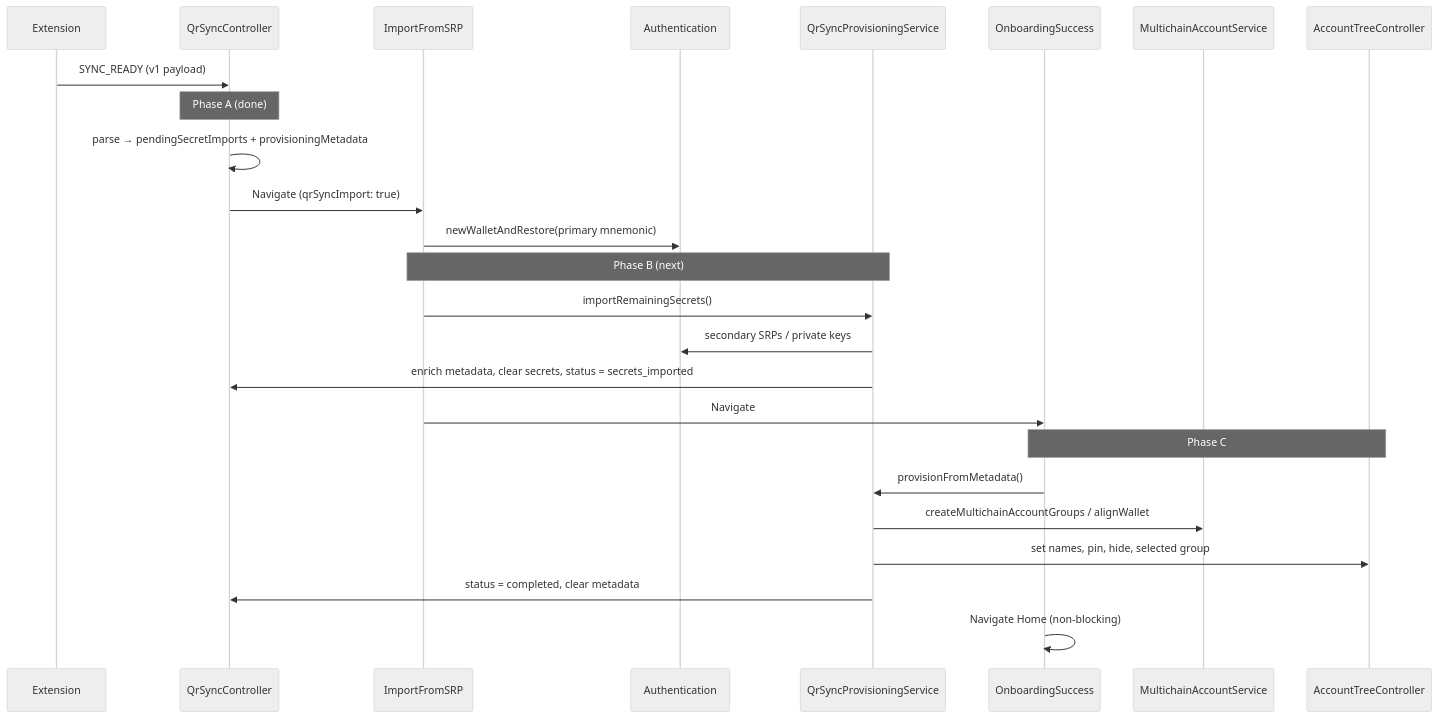
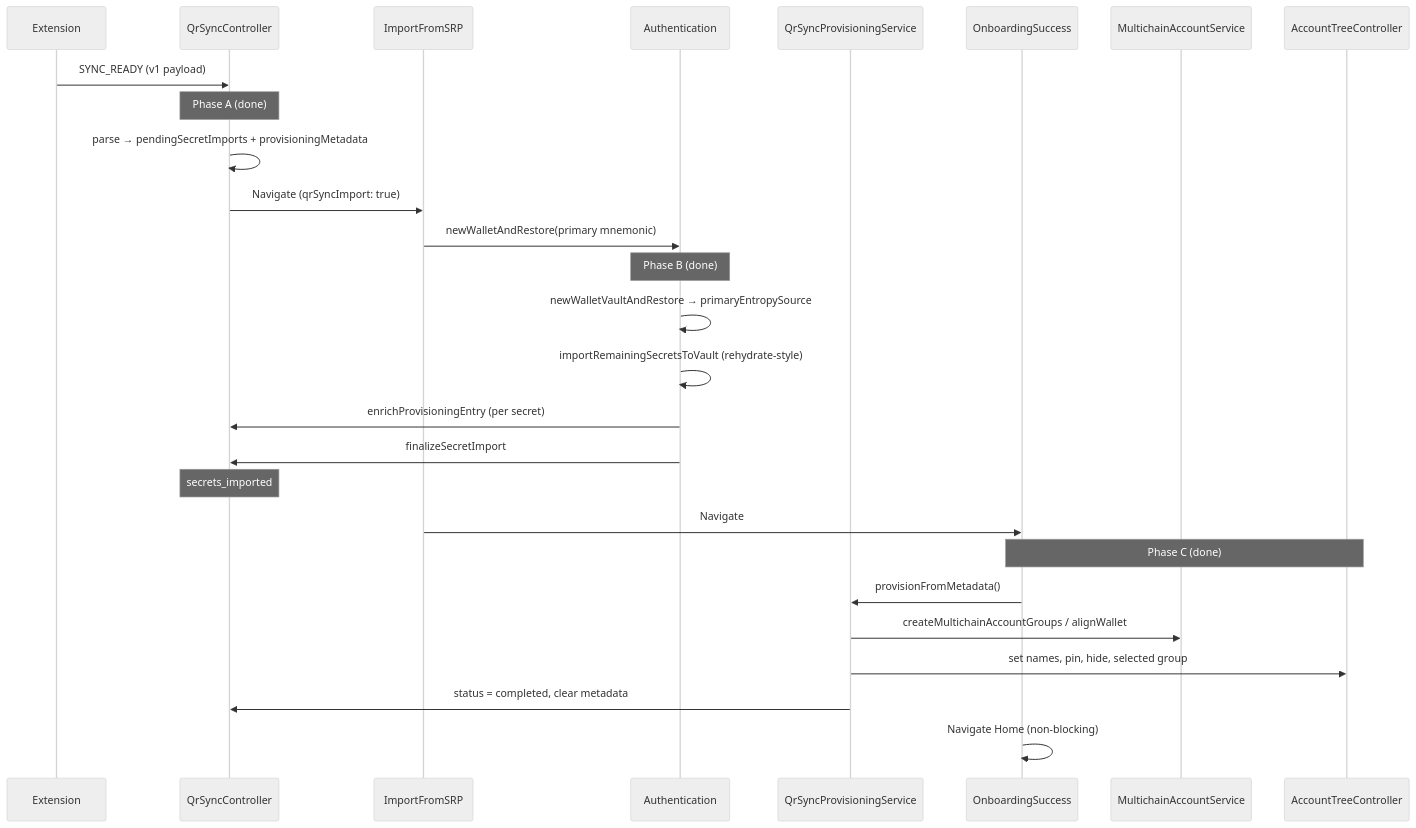
One commit to MetaMask/metamask-mobile changed the diagram in docs/qr-sync/onboarding-provisioning.md. Above: the diagram before and after it, drawn with Mermaid (neutral theme). The commit also changed other lines of this file and 17 other files, not shown here.

````diff
--- a/docs/qr-sync/onboarding-provisioning.md
+++ b/docs/qr-sync/onboarding-provisioning.md
@@ -100,30 +117,32 @@
 ```mermaid
 sequenceDiagram
     participant Ext as Extension
     participant QC as QrSyncController
     participant Import as ImportFromSRP
     participant Auth as Authentication
     participant Prov as QrSyncProvisioningService
     participant Success as OnboardingSuccess
     participant MAS as MultichainAccountService
     participant ATC as AccountTreeController
 
     Ext->>QC: SYNC_READY (v1 payload)
     Note over QC: Phase A (done)
     QC->>QC: parse → pendingSecretImports + provisioningMetadata
     QC->>Import: Navigate (qrSyncImport: true)
 
     Import->>Auth: newWalletAndRestore(primary mnemonic)
-    Note over Import,Prov: Phase B (next)
-    Import->>Prov: importRemainingSecrets()
-    Prov->>Auth: secondary SRPs / private keys
-    Prov->>QC: enrich metadata, clear secrets, status = secrets_imported
+    Note over Auth: Phase B (done)
+    Auth->>Auth: newWalletVaultAndRestore → primaryEntropySource
+    Auth->>Auth: importRemainingSecretsToVault (rehydrate-style)
+    Auth->>QC: enrichProvisioningEntry (per secret)
+    Auth->>QC: finalizeSecretImport
+    Note over QC: secrets_imported
     Import->>Success: Navigate
 
-    Note over Success,ATC: Phase C
+    Note over Success,ATC: Phase C (done)
     Success->>Prov: provisionFromMetadata()
     Prov->>MAS: createMultichainAccountGroups / alignWallet
     Prov->>ATC: set names, pin, hide, selected group
     Prov->>QC: status = completed, clear metadata
     Success->>Success: Navigate Home (non-blocking)
 ```
````
